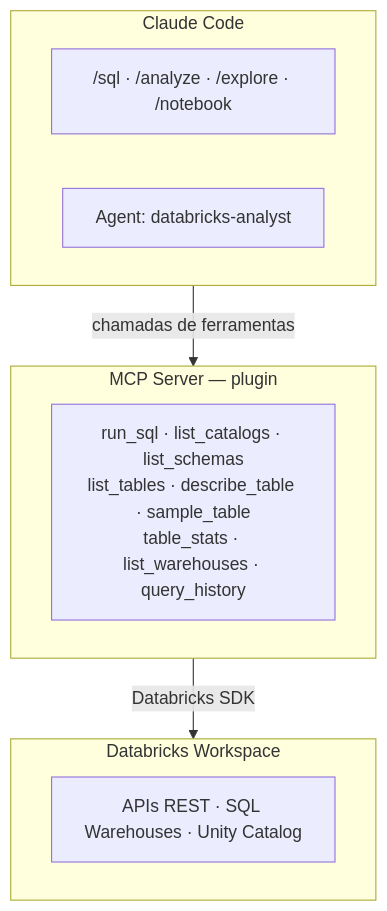
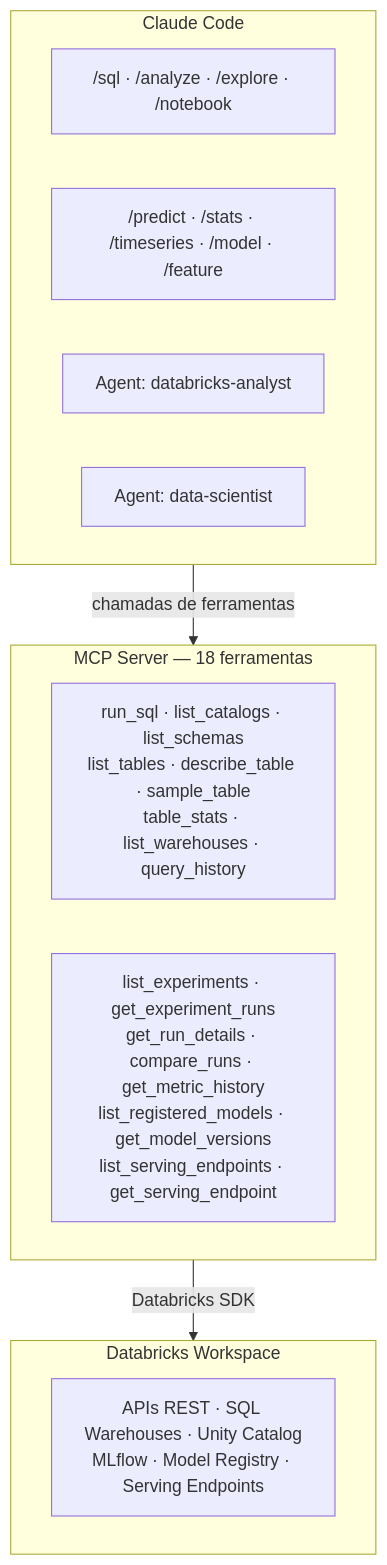
Before and after one commit to rasterxdev/databricks-mcp-toolkit: the diagram in README.md, drawn with Mermaid. The commit also changed other lines of this file and 2 other files, not shown here.

First line of the commit message:
docs: atualiza install.sh, CLAUDE.md e README com novo agente e ferramentas

````diff
--- a/README.md
+++ b/README.md
@@ -213,18 +318,21 @@
 ```mermaid
 flowchart TD
   subgraph claude ["Claude Code"]
-    skills["/sql · /analyze · /explore · /notebook"]
-    agent["Agent: databricks-analyst"]
+    skills_data["/sql · /analyze · /explore · /notebook"]
+    skills_ds["/predict · /stats · /timeseries · /model · /feature"]
+    agent_analyst["Agent: databricks-analyst"]
+    agent_ds["Agent: data-scientist"]
   end
 
-  subgraph mcp ["MCP Server — plugin"]
-    tools["run_sql · list_catalogs · list_schemas\nlist_tables · describe_table · sample_table\ntable_stats · list_warehouses · query_history"]
+  subgraph mcp ["MCP Server — 18 ferramentas"]
+    tools_data["run_sql · list_catalogs · list_schemas\nlist_tables · describe_table · sample_table\ntable_stats · list_warehouses · query_history"]
+    tools_ml["list_experiments · get_experiment_runs\nget_run_details · compare_runs · get_metric_history\nlist_registered_models · get_model_versions\nlist_serving_endpoints · get_serving_endpoint"]
   end
 
   subgraph databricks ["Databricks Workspace"]
-    apis["APIs REST · SQL Warehouses · Unity Catalog"]
+    apis["APIs REST · SQL Warehouses · Unity Catalog\nMLflow · Model Registry · Serving Endpoints"]
   end
 
   claude -- "chamadas de ferramentas" --> mcp
   mcp -- "Databricks SDK" --> databricks
 ```
````
